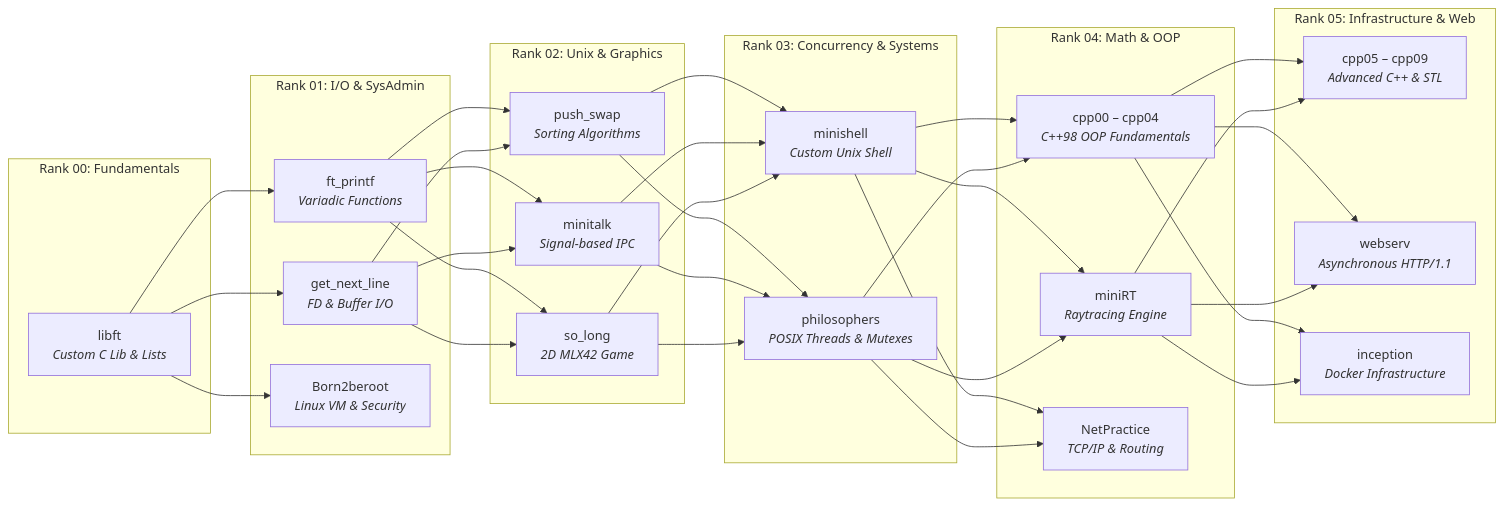
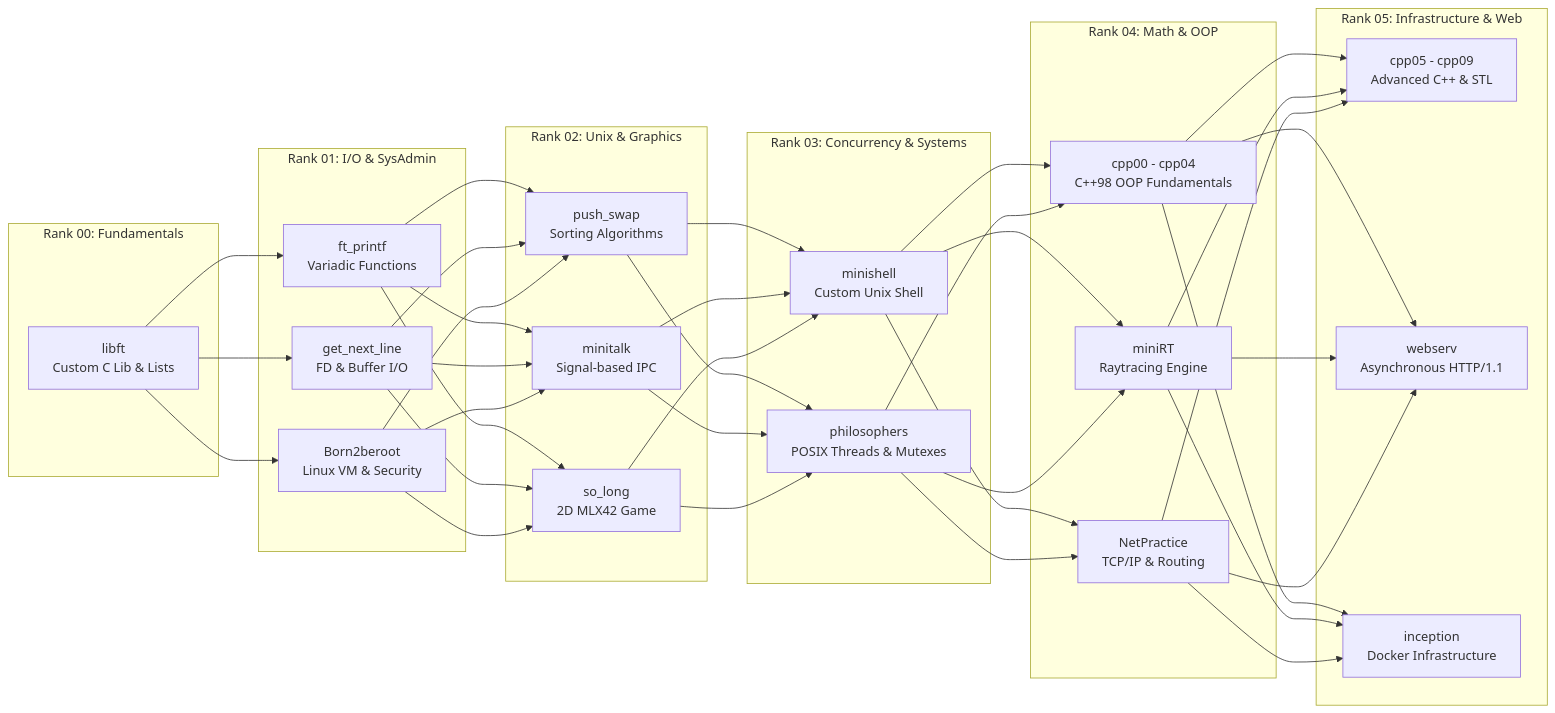
Before and after one commit to sklaokli/42-School: the diagram in README.md, drawn with Mermaid. The commit also changed other lines of this file, not shown here.

````diff
--- a/README.md
+++ b/README.md
@@ -71,41 +71,41 @@
 ```mermaid
 flowchart LR
     subgraph Circle00 ["Rank 00: Fundamentals"]
-        libft["libft<br/><i>Custom C Lib & Lists</i>"]
+        libft["libft<br/>Custom C Lib & Lists"]
     end
 
     subgraph Circle01 ["Rank 01: I/O & SysAdmin"]
-        printf["ft_printf<br/><i>Variadic Functions</i>"]
-        gnl["get_next_line<br/><i>FD & Buffer I/O</i>"]
-        b2br["Born2beroot<br/><i>Linux VM & Security</i>"]
+        printf["ft_printf<br/>Variadic Functions"]
+        gnl["get_next_line<br/>FD & Buffer I/O"]
+        b2br["Born2beroot<br/>Linux VM & Security"]
     end
 
     subgraph Circle02 ["Rank 02: Unix & Graphics"]
-        push_swap["push_swap<br/><i>Sorting Algorithms</i>"]
-        so_long["so_long<br/><i>2D MLX42 Game</i>"]
-        minitalk["minitalk<br/><i>Signal-based IPC</i>"]
+        push_swap["push_swap<br/>Sorting Algorithms"]
+        so_long["so_long<br/>2D MLX42 Game"]
+        minitalk["minitalk<br/>Signal-based IPC"]
     end
 
     subgraph Circle03 ["Rank 03: Concurrency & Systems"]
-        minishell["minishell<br/><i>Custom Unix Shell</i>"]
-        philo["philosophers<br/><i>POSIX Threads & Mutexes</i>"]
+        minishell["minishell<br/>Custom Unix Shell"]
+        philo["philosophers<br/>POSIX Threads & Mutexes"]
     end
 
     subgraph Circle04 ["Rank 04: Math & OOP"]
-        cpp00_04["cpp00 – cpp04<br/><i>C++98 OOP Fundamentals</i>"]
-        miniRT["miniRT<br/><i>Raytracing Engine</i>"]
-        netpractice["NetPractice<br/><i>TCP/IP & Routing</i>"]
+        cpp00_04["cpp00 - cpp04<br/>C++98 OOP Fundamentals"]
+        miniRT["miniRT<br/>Raytracing Engine"]
+        netpractice["NetPractice<br/>TCP/IP & Routing"]
     end
 
     subgraph Circle05 ["Rank 05: Infrastructure & Web"]
-        cpp05_09["cpp05 – cpp09<br/><i>Advanced C++ & STL</i>"]
-        webserv["webserv<br/><i>Asynchronous HTTP/1.1</i>"]
-        inception["inception<br/><i>Docker Infrastructure</i>"]
+        cpp05_09["cpp05 - cpp09<br/>Advanced C++ & STL"]
+        webserv["webserv<br/>Asynchronous HTTP/1.1"]
+        inception["inception<br/>Docker Infrastructure"]
     end
 
     libft --> printf & gnl & b2br
-    printf & gnl --> push_swap & so_long & minitalk
+    printf & gnl & b2br --> push_swap & so_long & minitalk
     push_swap & minitalk & so_long --> minishell & philo
     minishell & philo --> cpp00_04 & miniRT & netpractice
-    cpp00_04 & miniRT --> cpp05_09 & webserv & inception
+    cpp00_04 & miniRT & netpractice --> cpp05_09 & webserv & inception
 ```
````
